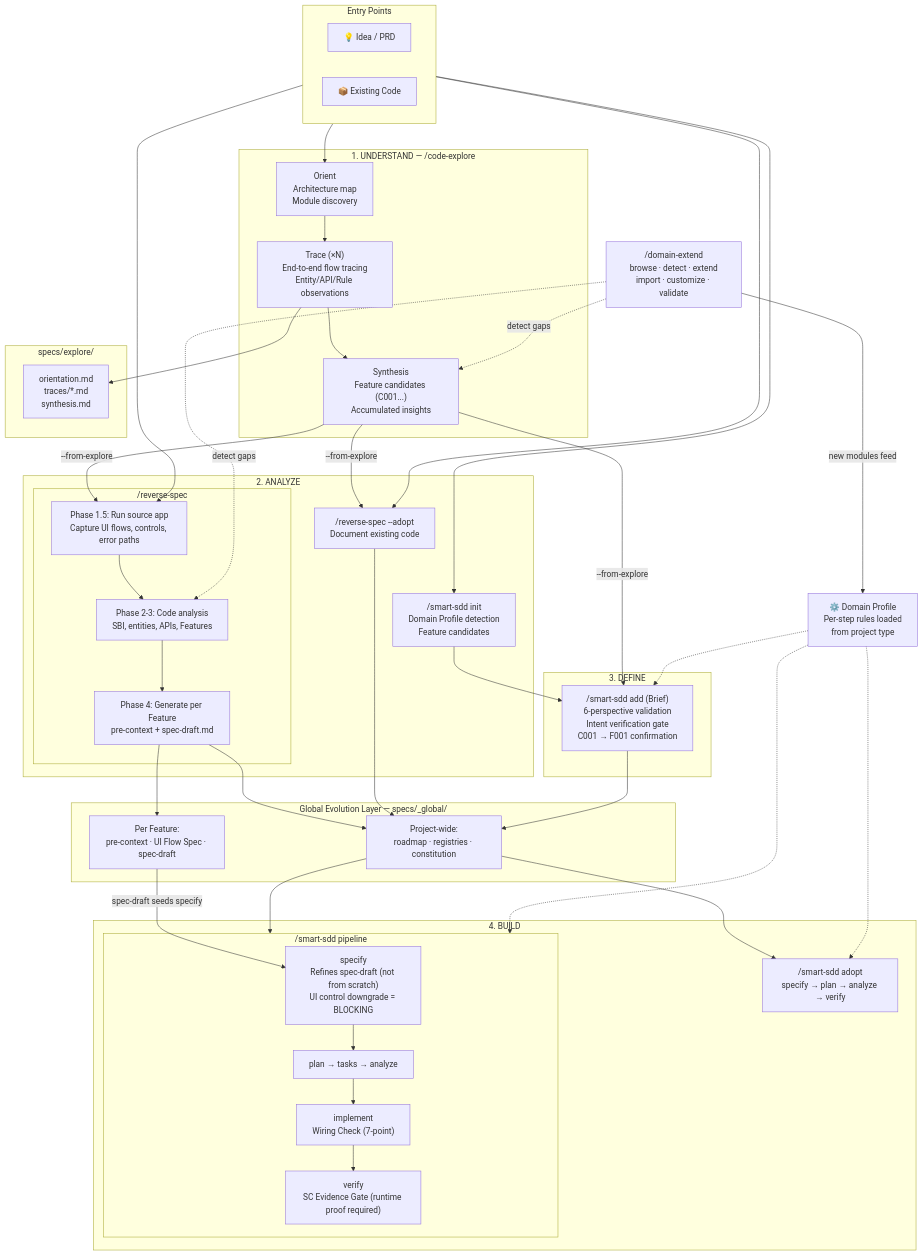
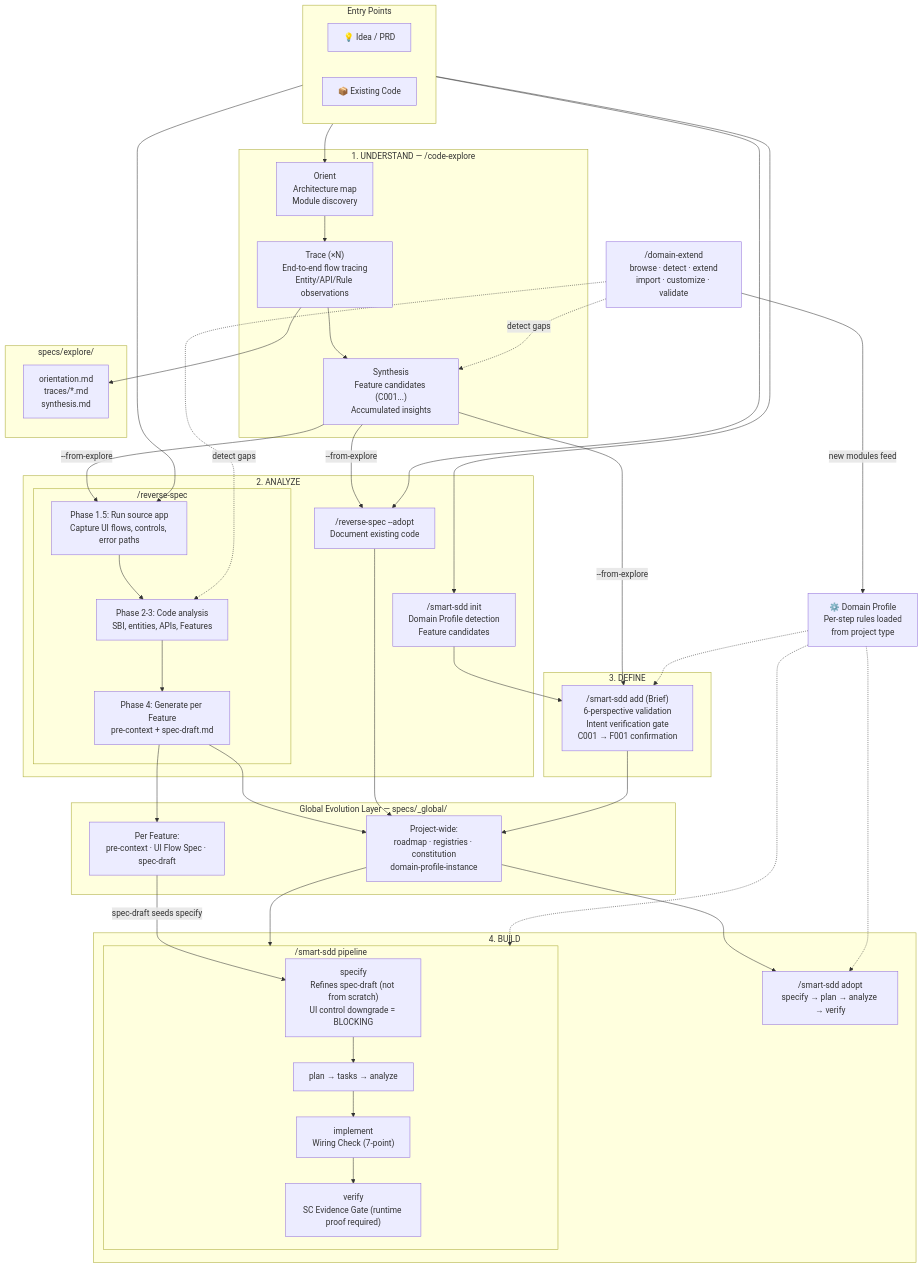
One commit to coolhero/spec-kit-skills changed the diagram in publications/medium/part2-diagram1.mmd. Above: the diagram before and after it, drawn with Mermaid. The commit also changed 3 other files, not shown here.

First line of the commit message:
Add architecture diagram to TRM and update Mermaid source

```diff
--- a/publications/medium/part2-diagram1.mmd
+++ b/publications/medium/part2-diagram1.mmd
@@ -1,75 +1,75 @@
 flowchart TD
     subgraph entry["Entry Points"]
         direction LR
         IDEA["💡 Idea / PRD"]
         CODE["📦 Existing Code"]
     end
 
     subgraph explore["1. UNDERSTAND — /code-explore"]
         CE_ORIENT["Orient\nArchitecture map\nModule discovery"]
         CE_TRACE["Trace (×N)\nEnd-to-end flow tracing\nEntity/API/Rule observations"]
         CE_SYNTH["Synthesis\nFeature candidates (C001...)\nAccumulated insights"]
         CE_ORIENT --> CE_TRACE --> CE_SYNTH
     end
 
     subgraph explore_out["specs/explore/"]
         EO["orientation.md\ntraces/*.md\nsynthesis.md"]
     end
 
     subgraph analyze["2. ANALYZE"]
         INIT["/smart-sdd init\nDomain Profile detection\nFeature candidates"]
         subgraph rs_detail["/reverse-spec"]
             RS_RUN["Phase 1.5: Run source app\nCapture UI flows, controls, error paths"]
             RS_CODE["Phase 2-3: Code analysis\nSBI, entities, APIs, Features"]
             RS_DRAFT["Phase 4: Generate per Feature\npre-context + spec-draft.md"]
             RS_RUN --> RS_CODE --> RS_DRAFT
         end
         ADOPT_RS["/reverse-spec --adopt\nDocument existing code"]
     end
 
     subgraph define["3. DEFINE"]
         ADD["/smart-sdd add (Brief)\n6-perspective validation\nIntent verification gate\nC001 → F001 confirmation"]
     end
 
     subgraph gel["Global Evolution Layer — specs/_global/"]
-        GEL_PROJ["Project-wide:\nroadmap · registries · constitution"]
+        GEL_PROJ["Project-wide:\nroadmap · registries · constitution\ndomain-profile-instance"]
         GEL_FEAT["Per Feature:\npre-context · UI Flow Spec · spec-draft"]
     end
 
     subgraph build["4. BUILD"]
         subgraph pipeline_detail["/smart-sdd pipeline"]
             SPECIFY["specify\nRefines spec-draft (not from scratch)\nUI control downgrade = BLOCKING"]
             PLAN["plan → tasks → analyze"]
             IMPL["implement\nWiring Check (7-point)"]
             VERIFY["verify\nSC Evidence Gate (runtime proof required)"]
             SPECIFY --> PLAN --> IMPL --> VERIFY
         end
         ADOPT_P["/smart-sdd adopt\nspecify → plan → analyze → verify"]
     end
 
     DP["⚙️ Domain Profile\nPer-step rules loaded\nfrom project type"]
 
     DE["/domain-extend\nbrowse · detect · extend\nimport · customize · validate"]
 
     CODE --> CE_ORIENT
     CE_TRACE --> EO
     IDEA --> INIT
     CE_SYNTH -- "--from-explore" --> RS_RUN
     CE_SYNTH -- "--from-explore" --> ADD
     CE_SYNTH -- "--from-explore" --> ADOPT_RS
     CODE --> RS_RUN
     CODE --> ADOPT_RS
     INIT --> ADD
     RS_DRAFT --> GEL_PROJ
     RS_DRAFT --> GEL_FEAT
     ADOPT_RS --> GEL_PROJ
     ADD --> GEL_PROJ
     GEL_FEAT -- "spec-draft seeds specify" --> SPECIFY
     GEL_PROJ --> pipeline_detail
     GEL_PROJ --> ADOPT_P
     DP -.-> pipeline_detail
     DP -.-> ADOPT_P
     DP -.-> ADD
     DE -.->|"detect gaps"| CE_SYNTH
     DE -.->|"detect gaps"| RS_CODE
     DE -->|"new modules feed"| DP
```
